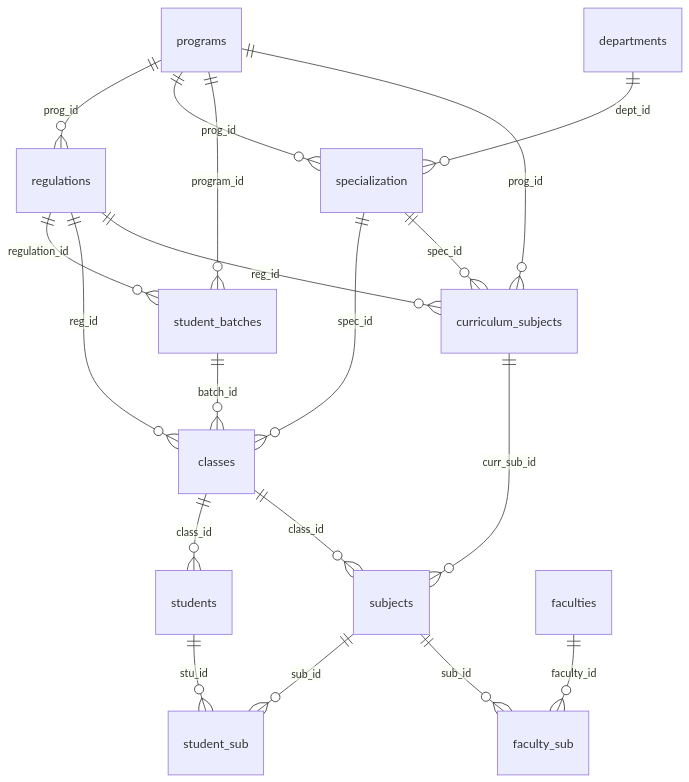
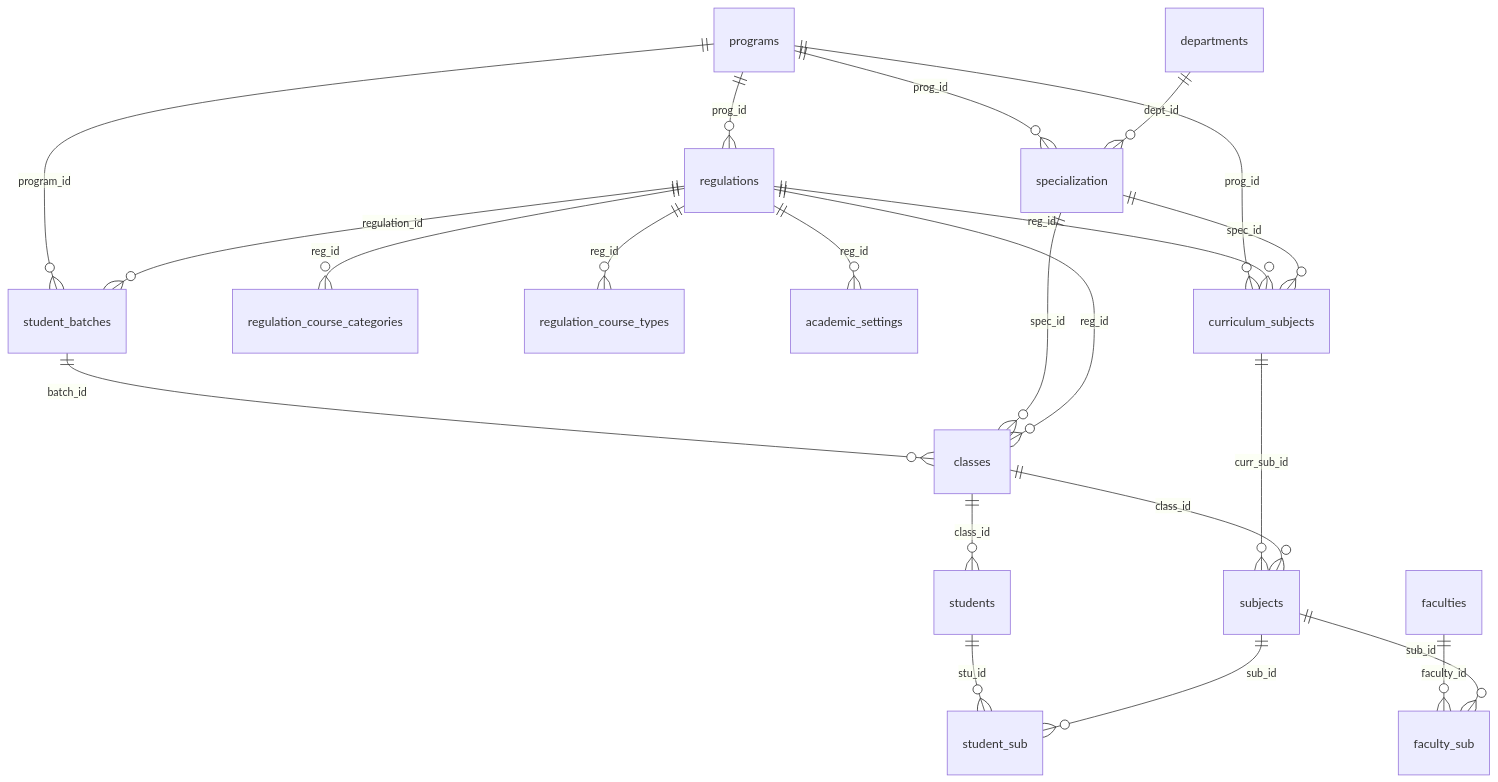
One commit to katamanilprojects/sarb_cea changed the second of 10 diagrams in docs/database/relationships.md. Above: the diagram before and after it, drawn with Mermaid. The commit also changed other lines of this file and 25 other files, not shown here.

````diff
--- a/docs/database/relationships.md
+++ b/docs/database/relationships.md
@@ -67,25 +67,29 @@
 ```mermaid
 erDiagram
     programs ||--o{ regulations : "prog_id"
     programs ||--o{ specialization : "prog_id"
     departments ||--o{ specialization : "dept_id"
     programs ||--o{ student_batches : "program_id"
     regulations ||--o{ student_batches : "regulation_id"
     student_batches ||--o{ classes : "batch_id"
     specialization ||--o{ classes : "spec_id"
     regulations ||--o{ classes : "reg_id"
     
+    regulations ||--o{ regulation_course_categories : "reg_id"
+    regulations ||--o{ regulation_course_types : "reg_id"
+    regulations ||--o{ academic_settings : "reg_id"
+
     programs ||--o{ curriculum_subjects : "prog_id"
     regulations ||--o{ curriculum_subjects : "reg_id"
     specialization ||--o{ curriculum_subjects : "spec_id"
     curriculum_subjects ||--o{ subjects : "curr_sub_id"
 
     classes ||--o{ students : "class_id"
     classes ||--o{ subjects : "class_id"
 
     students ||--o{ student_sub : "stu_id"
     subjects ||--o{ student_sub : "sub_id"
 
     faculties ||--o{ faculty_sub : "faculty_id"
     subjects ||--o{ faculty_sub : "sub_id"
 ```
````
